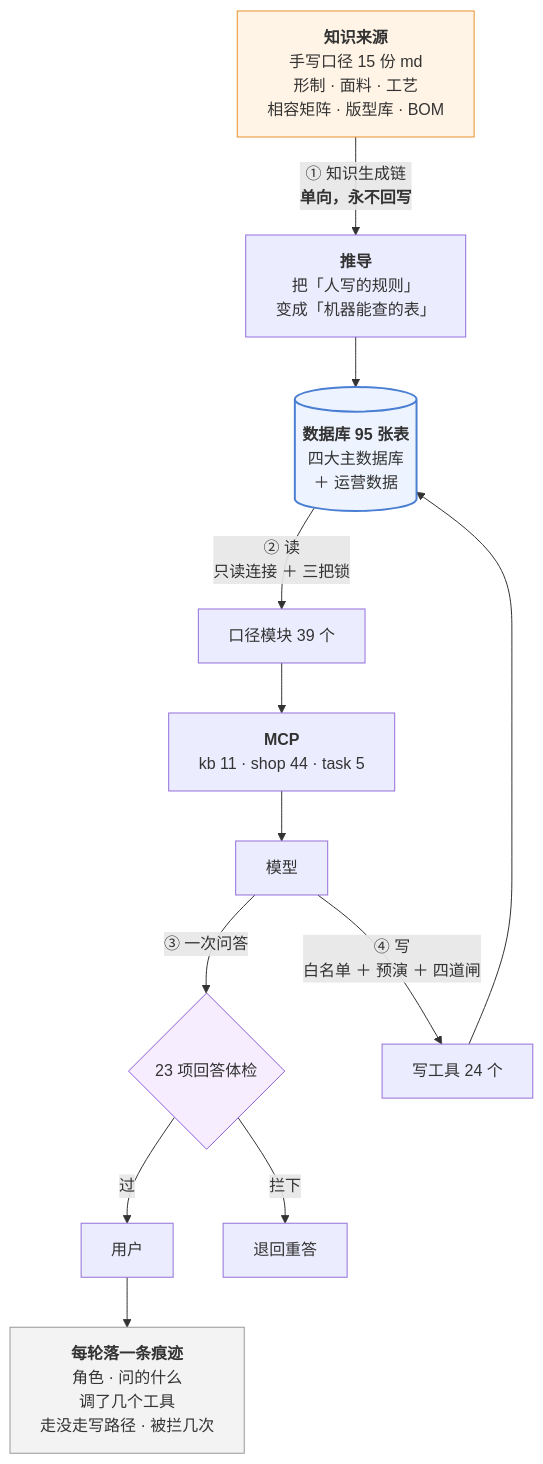
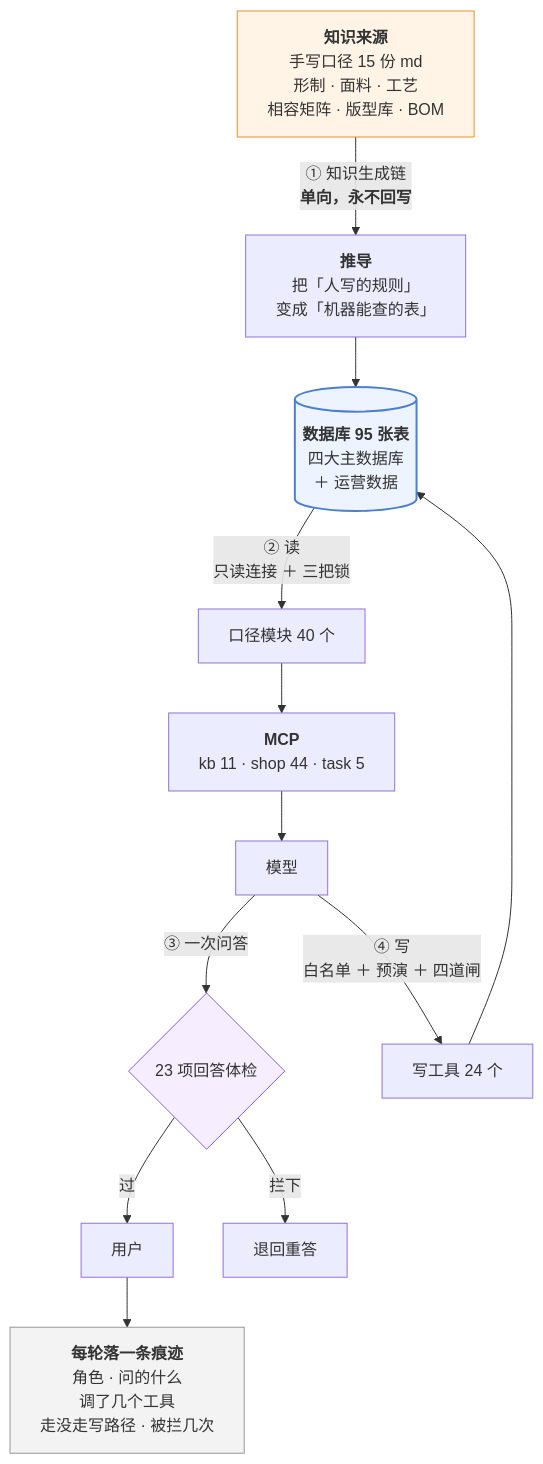
Before and after one commit to 843773296-rgb/lanxiu-yunshang-agent: the third of 3 diagrams in 澜绣云裳agent-产品说明.md, drawn with Mermaid. The commit also changed other lines of this file and 8 other files, not shown here.

````diff
--- a/澜绣云裳agent-产品说明.md
+++ b/澜绣云裳agent-产品说明.md
@@ -867,24 +867,24 @@
 ```mermaid
 flowchart TD
     MD["<b>知识来源</b><br/>手写口径 15 份 md<br/>形制 · 面料 · 工艺<br/>相容矩阵 · 版型库 · BOM"]
     MD -->|"① 知识生成链<br/><b>单向，永不回写</b>"| DV["<b>推导</b><br/>把「人写的规则」<br/>变成「机器能查的表」"]
     DV --> DB[("<b>数据库 95 张表</b><br/>四大主数据库<br/>＋ 运营数据")]
 
-    DB -->|"② 读<br/>只读连接 ＋ 三把锁"| KJ["口径模块 39 个"]
+    DB -->|"② 读<br/>只读连接 ＋ 三把锁"| KJ["口径模块 40 个"]
     KJ --> MCP["<b>MCP</b><br/>kb 11 · shop 44 · task 5"]
     MCP --> LLM["模型"]
 
     LLM -->|"③ 一次问答"| GD{"23 项回答体检"}
     GD -- 过 --> U["用户"]
     GD -- 拦下 --> RE["退回重答"]
 
     LLM -->|"④ 写<br/>白名单 ＋ 预演 ＋ 四道闸"| W["写工具 24 个"]
     W --> DB
 
     U --> TR["<b>每轮落一条痕迹</b><br/>角色 · 问的什么<br/>调了几个工具<br/>走没走写路径 · 被拦几次"]
 
     style MD fill:#fff4e6,stroke:#e8912d
     style DB fill:#eef4ff,stroke:#4a7fd4,stroke-width:2px
     style GD fill:#f6eeff,stroke:#8b5cd6
     style TR fill:#f3f3f3,stroke:#999
 ```
````
